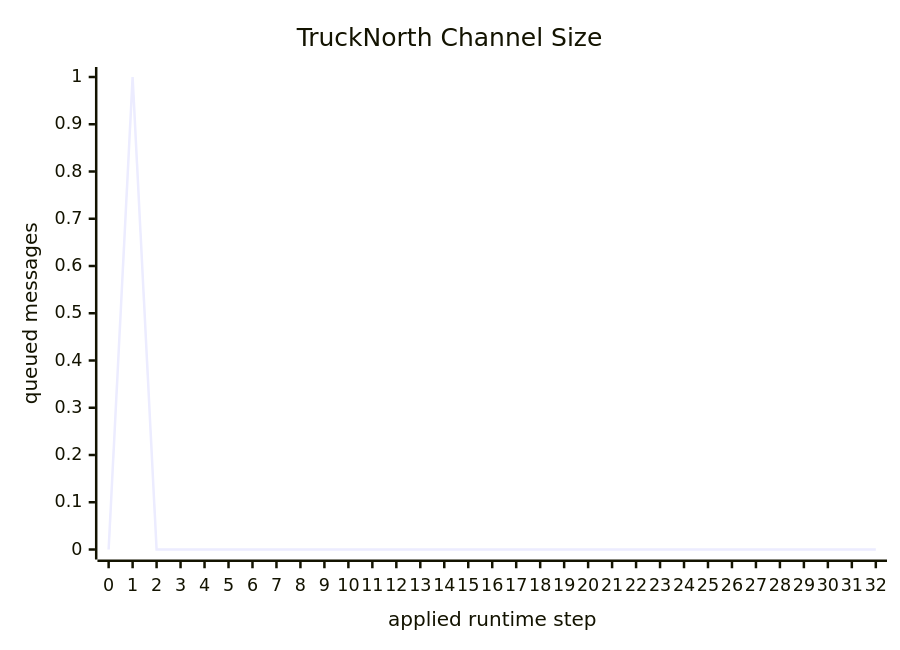
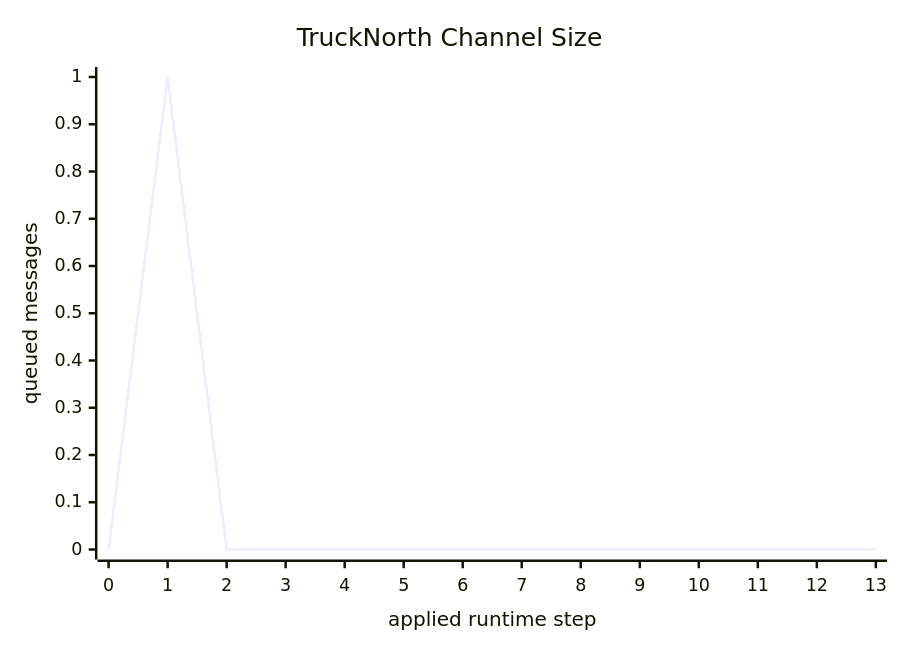
Before and after one commit to rfielding/go-ctl2: diagram 25 of 36 in docs/build/ir.generated.md, drawn with Mermaid. The commit also changed other lines of this file and 5 other files, not shown here.

````diff
--- a/docs/build/ir.generated.md
+++ b/docs/build/ir.generated.md
@@ -1256,7 +1499,7 @@
 ```mermaid
 xychart-beta
     title "TruckNorth Channel Size"
-    x-axis "applied runtime step" [0, 1, 2, 3, 4, 5, 6, 7, 8, 9, 10, 11, 12, 13, 14, 15, 16, 17, 18, 19, 20, 21, 22, 23, 24, 25, 26, 27, 28, 29, 30, 31, 32]
+    x-axis "applied runtime step" [0, 1, 2, 3, 4, 5, 6, 7, 8, 9, 10, 11, 12, 13]
     y-axis "queued messages" 0 --> 1
-    line [0, 1, 0, 0, 0, 0, 0, 0, 0, 0, 0, 0, 0, 0, 0, 0, 0, 0, 0, 0, 0, 0, 0, 0, 0, 0, 0, 0, 0, 0, 0, 0, 0]
+    line [0, 1, 0, 0, 0, 0, 0, 0, 0, 0, 0, 0, 0, 0]
 ```
````
